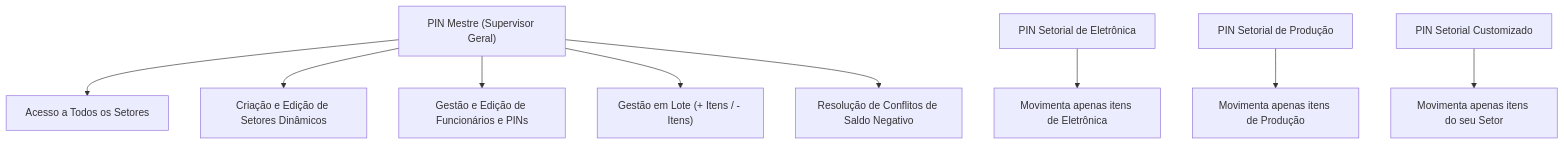
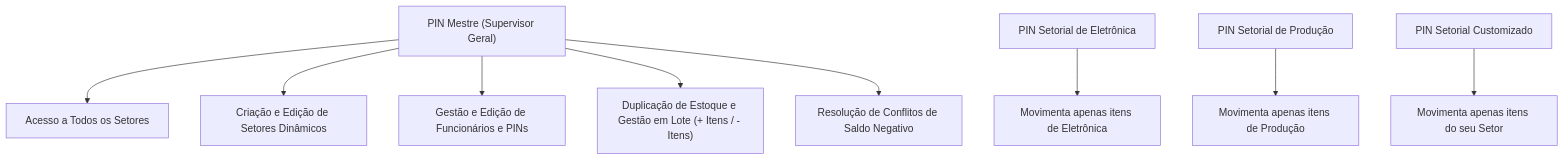
Before and after one commit to tomi-pereyra/luxpryme-stock: the diagram in README.md, drawn with Mermaid. The commit also changed other lines of this file and 5 other files, not shown here.

````diff
--- a/README.md
+++ b/README.md
@@ -45,12 +46,12 @@
 ```mermaid
 flowchart TD
     A["PIN Mestre (Supervisor Geral)"] --> B["Acesso a Todos os Setores"]
     A --> C["Criação e Edição de Setores Dinâmicos"]
     A --> D["Gestão e Edição de Funcionários e PINs"]
-    A --> E["Gestão em Lote (+ Itens / - Itens)"]
+    A --> E["Duplicação de Estoque e Gestão em Lote (+ Itens / - Itens)"]
     A --> F["Resolução de Conflitos de Saldo Negativo"]
     
     G["PIN Setorial de Eletrônica"] --> H["Movimenta apenas itens de Eletrônica"]
     I["PIN Setorial de Produção"] --> J["Movimenta apenas itens de Produção"]
     K["PIN Setorial Customizado"] --> L["Movimenta apenas itens do seu Setor"]
 ```
````
